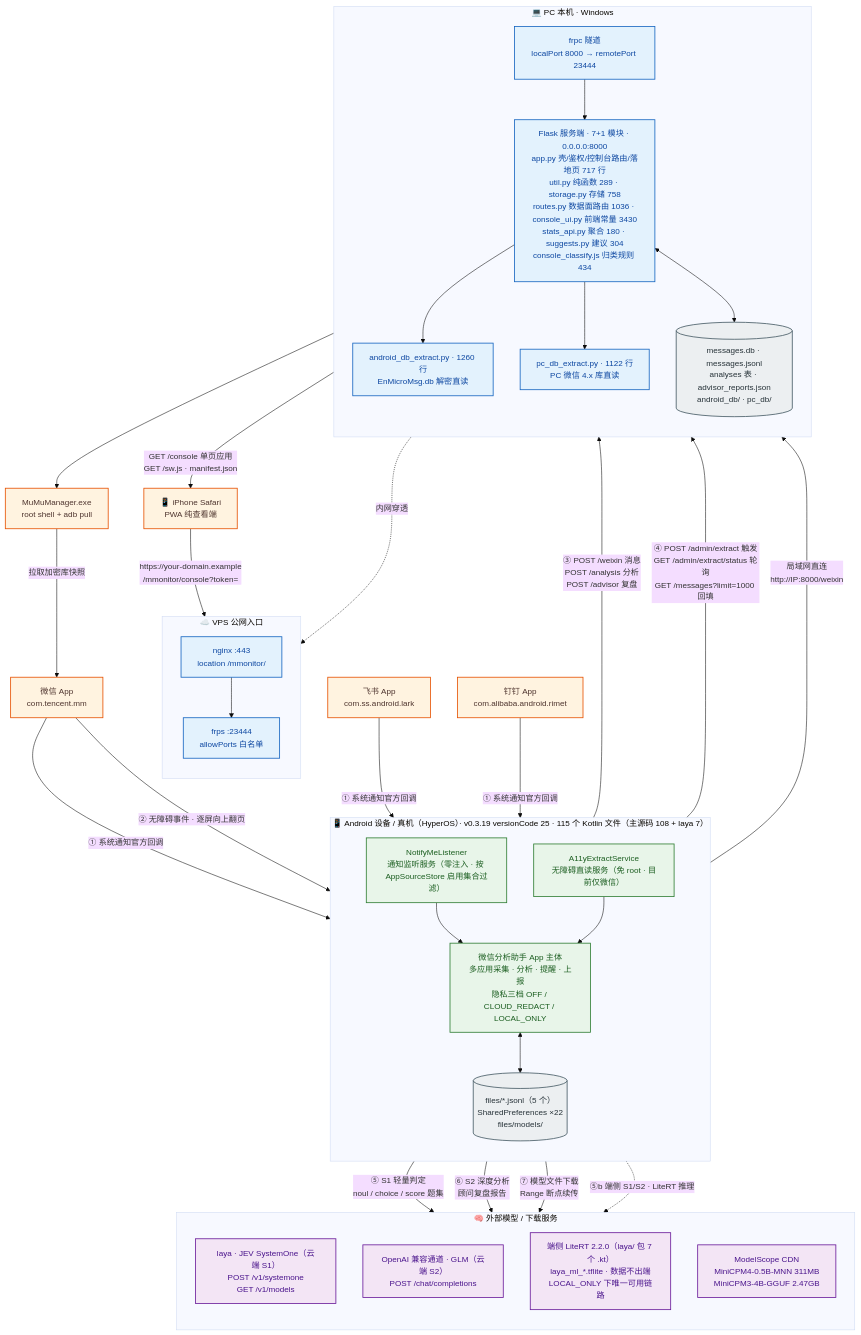
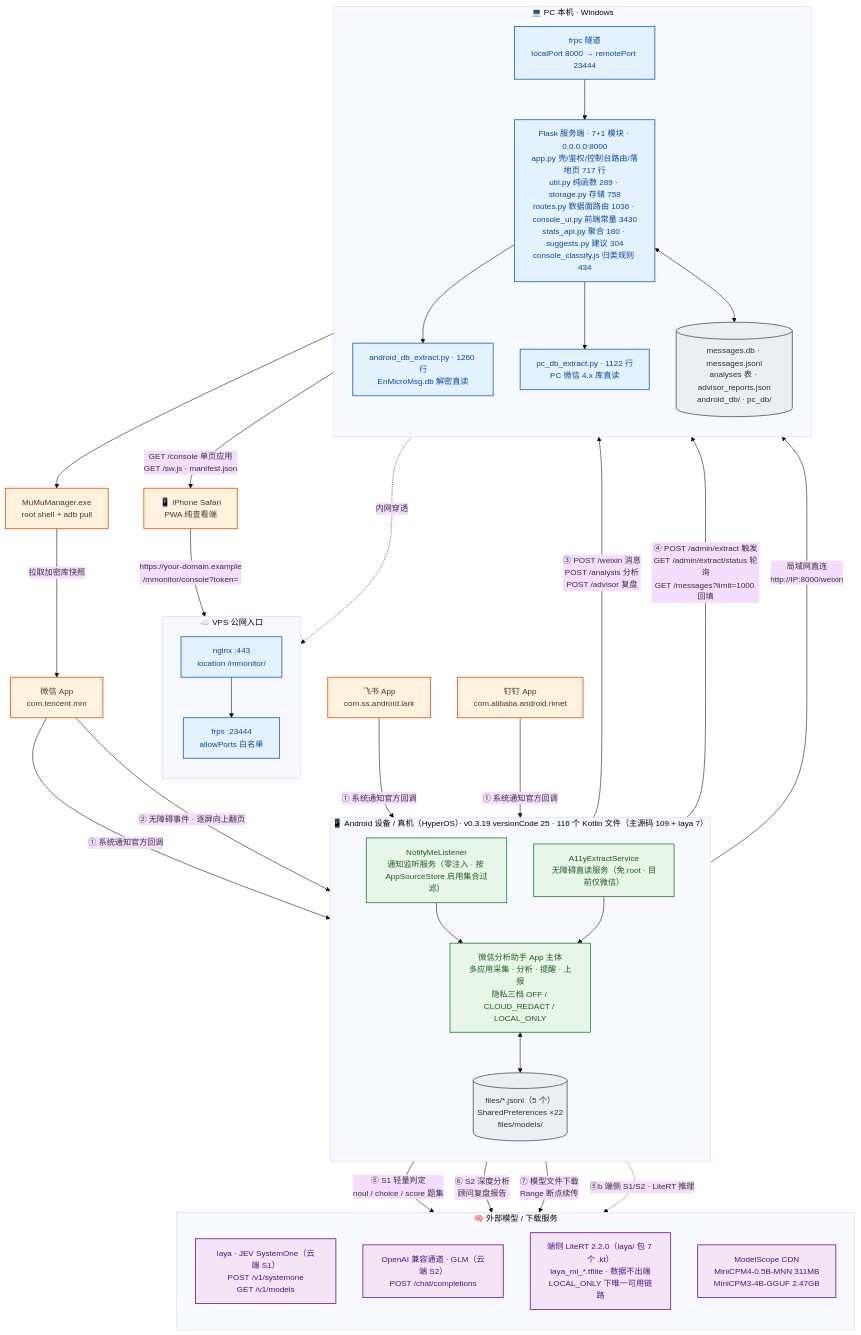
One commit to solidjoker/notifyme changed the diagram in docs/architecture/diagrams/01-system-context.mmd. Above: the diagram before and after it, drawn with Mermaid. The commit also changed 20 other files, not shown here.

```diff
--- a/docs/architecture/diagrams/01-system-context.mmd
+++ b/docs/architecture/diagrams/01-system-context.mmd
@@ -1,70 +1,70 @@
 %%{init: {'theme':'base','themeVariables':{'fontSize':'15px','fontFamily':'Microsoft YaHei, PingFang SC, sans-serif'},'flowchart':{'htmlLabels':true,'curve':'basis'}}}%%
 flowchart TB
     classDef ext  fill:#fff3e0,stroke:#e65100,stroke-width:1.5px,color:#4e342e
     classDef app  fill:#e8f5e9,stroke:#2e7d32,stroke-width:1.5px,color:#1b5e20
     classDef srv  fill:#e3f2fd,stroke:#1565c0,stroke-width:1.5px,color:#0d47a1
     classDef llm  fill:#f3e5f5,stroke:#6a1b9a,stroke-width:1.5px,color:#4a148c
     classDef store fill:#eceff1,stroke:#455a64,stroke-width:1.5px,color:#263238
 
     WX["微信 App<br/>com.tencent.mm"]:::ext
     FS["飞书 App<br/>com.ss.android.lark"]:::ext
     DT["钉钉 App<br/>com.alibaba.android.rimet"]:::ext
 
-    subgraph DEV["📱 Android 设备 / 真机（HyperOS）· v0.3.19 versionCode 25 · 115 个 Kotlin 文件（主源码 108 + laya 7）"]
+    subgraph DEV["📱 Android 设备 / 真机（HyperOS）· v0.3.19 versionCode 25 · 116 个 Kotlin 文件（主源码 109 + laya 7）"]
         direction TB
         NL["NotifyMeListener<br/>通知监听服务（零注入 · 按 AppSourceStore 启用集合过滤）"]:::app
         A11Y["A11yExtractService<br/>无障碍直读服务（免 root · 目前仅微信）"]:::app
         CORE["微信分析助手 App 主体<br/>多应用采集 · 分析 · 提醒 · 上报<br/>隐私三档 OFF / CLOUD_REDACT / LOCAL_ONLY"]:::app
         STORE[("files/*.jsonl（5 个）<br/>SharedPreferences ×22<br/>files/models/")]:::store
         NL --> CORE
         A11Y --> CORE
         CORE <--> STORE
     end
 
     subgraph HOST["💻 PC 本机 · Windows"]
         direction TB
         FLASK["Flask 服务端 · 7+1 模块 · 0.0.0.0:8000<br/>app.py 壳/鉴权/控制台路由/落地页 717 行<br/>util.py 纯函数 289 · storage.py 存储 758<br/>routes.py 数据面路由 1036 · console_ui.py 前端常量 3430<br/>stats_api.py 聚合 180 · suggests.py 建议 304<br/>console_classify.js 归类规则 434"]:::srv
         ADBEX["android_db_extract.py · 1260 行<br/>EnMicroMsg.db 解密直读"]:::srv
         PCEX["pc_db_extract.py · 1122 行<br/>PC 微信 4.x 库直读"]:::srv
         DB[("messages.db · messages.jsonl<br/>analyses 表 · advisor_reports.json<br/>android_db/ · pc_db/")]:::store
         FRPC["frpc 隧道<br/>localPort 8000 → remotePort 23444"]:::srv
         FLASK --> ADBEX
         FLASK --> PCEX
         FLASK <--> DB
         FRPC --> FLASK
     end
 
     subgraph VPS["☁️ VPS 公网入口"]
         direction TB
         NGINX["nginx :443<br/>location /mmonitor/"]:::srv
         FRPS["frps :23444<br/>allowPorts 白名单"]:::srv
         NGINX --> FRPS
     end
 
     subgraph AI["🧠 外部模型 / 下载服务"]
         direction TB
         LAYA["laya · JEV SystemOne（云端 S1）<br/>POST /v1/systemone<br/>GET /v1/models"]:::llm
         GLM["OpenAI 兼容通道 · GLM（云端 S2）<br/>POST /chat/completions"]:::llm
         LITE["端侧 LiteRT 2.2.0（laya/ 包 7 个 .kt）<br/>laya_ml_*.tflite · 数据不出端<br/>LOCAL_ONLY 下唯一可用链路"]:::llm
         MS["ModelScope CDN<br/>MiniCPM4-0.5B-MNN 311MB<br/>MiniCPM3-4B-GGUF 2.47GB"]:::llm
     end
 
     MUMU["MuMuManager.exe<br/>root shell + adb pull"]:::ext
     IPHONE["📱 iPhone Safari<br/>PWA 纯查看端"]:::ext
 
     WX -->|"① 系统通知官方回调"| NL
     FS -->|"① 系统通知官方回调"| NL
     DT -->|"① 系统通知官方回调"| NL
     WX -->|"② 无障碍事件 · 逐屏向上翻页"| A11Y
     CORE -->|"③ POST /weixin 消息<br/>POST /analysis 分析<br/>POST /advisor 复盘"| FLASK
     CORE -->|"④ POST /admin/extract 触发<br/>GET /admin/extract/status 轮询<br/>GET /messages?limit=1000 回填"| FLASK
     CORE -->|"⑤ S1 轻量判定<br/>noul / choice / score 题集"| LAYA
     CORE -->|"⑥ S2 深度分析<br/>顾问复盘报告"| GLM
     CORE -->|"⑦ 模型文件下载<br/>Range 断点续传"| MS
     CORE -.->|"⑤b 端侧 S1/S2 · LiteRT 推理"| LITE
     ADBEX --> MUMU
     MUMU -->|"拉取加密库快照"| WX
     CORE -->|"局域网直连<br/>http://IP:8000/weixin"| FLASK
     FRPC -.->|"内网穿透"| FRPS
     IPHONE -->|"https://your-domain.example<br/>/mmonitor/console?token="| NGINX
     FLASK -->|"GET /console 单页应用<br/>GET /sw.js · manifest.json"| IPHONE
```
